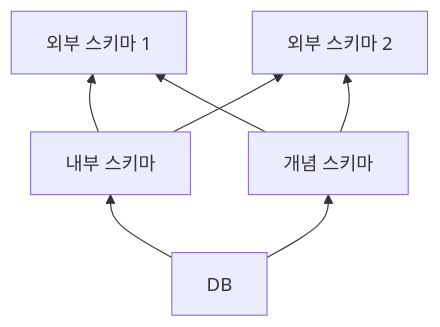
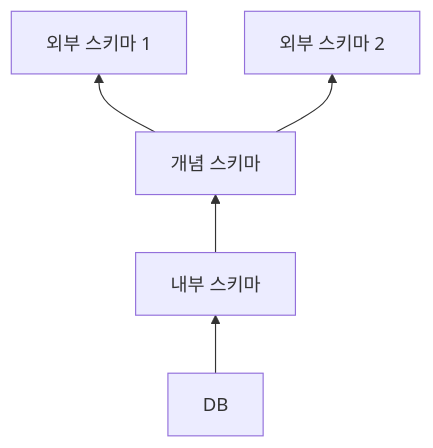
Before and after one commit to choiexe1/local: the diagram in Lectures/25년 1학기/컴퓨터의 이해/7강 데이터베이스.md, drawn with Mermaid. The commit also changed other lines of this file, not shown here.

````diff
--- a/Lectures/25년 1학기/컴퓨터의 이해/7강 데이터베이스.md
+++ b/Lectures/25년 1학기/컴퓨터의 이해/7강 데이터베이스.md
@@ -75,21 +75,19 @@
 ```mermaid
 graph BT
 
 DB
 
 A["내부 스키마"]
 B["개념 스키마"]
 
 C["외부 스키마 1"]
 D["외부 스키마 2"]
 
 DB --> A 
-DB --> B
 
-A --> C
-A --> D
+A --> B 
 
 B --> C
 B --> D
 
 ```
````
